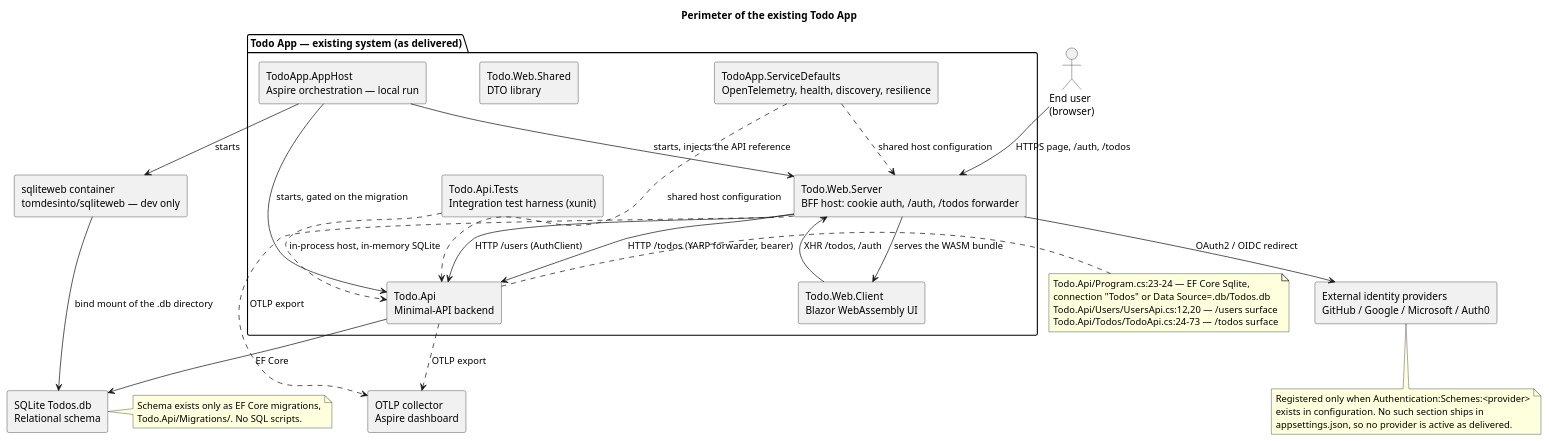
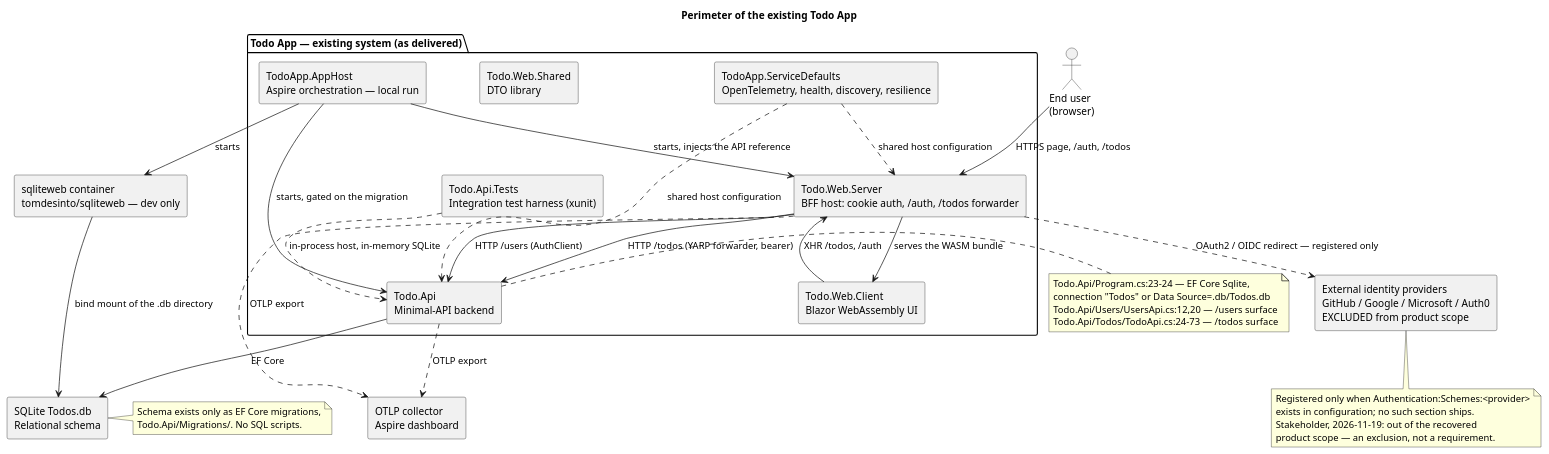
Before and after one commit to banense-test/TodoApp: the first of 4 diagrams in docs/artifacts/discovery/system-inventory.md, drawn with PlantUML. The commit also changed other lines of this file, not shown here.

````diff
--- a/docs/artifacts/discovery/system-inventory.md
+++ b/docs/artifacts/discovery/system-inventory.md
@@ -9,59 +16,60 @@
 ```plantuml
 @startuml
 title Perimeter of the existing Todo App
 skinparam componentStyle rectangle
 skinparam shadowing false
 
 actor "End user\n(browser)" as USER
 
 package "Todo App — existing system (as delivered)" {
   component "TodoApp.AppHost\nAspire orchestration — local run" as APPHOST
   component "Todo.Web.Server\nBFF host: cookie auth, /auth, /todos forwarder" as WEBSRV
   component "Todo.Web.Client\nBlazor WebAssembly UI" as WEBUI
   component "Todo.Web.Shared\nDTO library" as SHARED
   component "Todo.Api\nMinimal-API backend" as API
   component "TodoApp.ServiceDefaults\nOpenTelemetry, health, discovery, resilience" as SVCDEF
   component "Todo.Api.Tests\nIntegration test harness (xunit)" as TESTS
 }
 
 component "SQLite Todos.db\nRelational schema" as DB
-component "External identity providers\nGitHub / Google / Microsoft / Auth0" as IDP
+component "External identity providers\nGitHub / Google / Microsoft / Auth0\nEXCLUDED from product scope" as IDP
 component "OTLP collector\nAspire dashboard" as OTLP
 component "sqliteweb container\ntomdesinto/sqliteweb — dev only" as SQLITEWEB
 
 USER --> WEBSRV : HTTPS page, /auth, /todos
 WEBSRV --> WEBUI : serves the WASM bundle
 WEBUI --> WEBSRV : XHR /todos, /auth
 WEBSRV --> API : HTTP /users (AuthClient)
 WEBSRV --> API : HTTP /todos (YARP forwarder, bearer)
-WEBSRV --> IDP : OAuth2 / OIDC redirect
+WEBSRV ..> IDP : OAuth2 / OIDC redirect — registered only
 API --> DB : EF Core
 SQLITEWEB --> DB : bind mount of the .db directory
 APPHOST --> API : starts, gated on the migration
 APPHOST --> WEBSRV : starts, injects the API reference
 APPHOST --> SQLITEWEB : starts
 SVCDEF ..> API : shared host configuration
 SVCDEF ..> WEBSRV : shared host configuration
 API ..> OTLP : OTLP export
 WEBSRV ..> OTLP : OTLP export
 TESTS ..> API : in-process host, in-memory SQLite
 
 note right of API
   Todo.Api/Program.cs:23-24 — EF Core Sqlite,
   connection "Todos" or Data Source=.db/Todos.db
   Todo.Api/Users/UsersApi.cs:12,20 — /users surface
   Todo.Api/Todos/TodoApi.cs:24-73 — /todos surface
 end note
 
 note bottom of IDP
   Registered only when Authentication:Schemes:<provider>
-  exists in configuration. No such section ships in
-  appsettings.json, so no provider is active as delivered.
+  exists in configuration; no such section ships.
+  Stakeholder, 2026-11-19: out of the recovered
+  product scope — an exclusion, not a requirement.
 end note
 
 note right of DB
   Schema exists only as EF Core migrations,
   Todo.Api/Migrations/. No SQL scripts.
 end note
 @enduml
 ```
````
